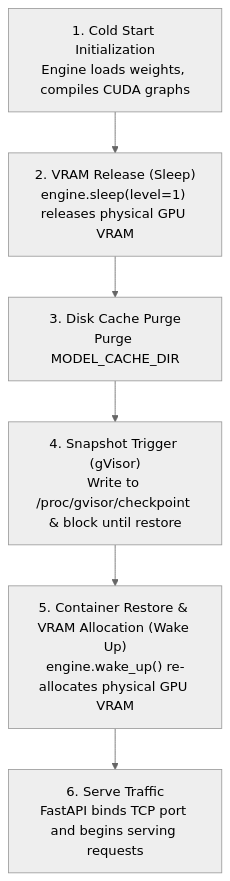
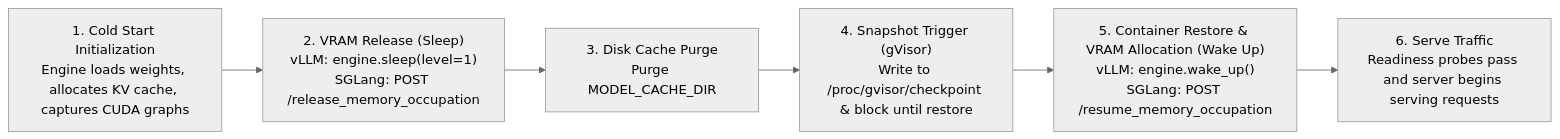
Before and after one commit to llm-d/llm-d: the diagram in docker/scripts/snapshot/README.md, drawn with Mermaid (neutral theme). The commit also changed other lines of this file and 10 other files, not shown here.

````diff
--- a/docker/scripts/snapshot/README.md
+++ b/docker/scripts/snapshot/README.md
@@ -28,8 +28,8 @@
 ```mermaid
-flowchart TD
-    A["1. Cold Start Initialization<br/>Engine loads weights, compiles CUDA graphs"] --> B["2. VRAM Release (Sleep)<br/>engine.sleep(level=1) releases physical GPU VRAM"]
+flowchart LR
+    A["1. Cold Start Initialization<br/>Engine loads weights, allocates KV cache, captures CUDA graphs"] --> B["2. VRAM Release (Sleep)<br/>vLLM: engine.sleep(level=1)<br/>SGLang: POST /release_memory_occupation"]
     B --> C["3. Disk Cache Purge<br/>Purge MODEL_CACHE_DIR"]
     C --> D["4. Snapshot Trigger (gVisor)<br/>Write to /proc/gvisor/checkpoint & block until restore"]
-    D --> E["5. Container Restore & VRAM Allocation (Wake Up)<br/>engine.wake_up() re-allocates physical GPU VRAM"]
-    E --> F["6. Serve Traffic<br/>FastAPI binds TCP port and begins serving requests"]
+    D --> E["5. Container Restore & VRAM Allocation (Wake Up)<br/>vLLM: engine.wake_up()<br/>SGLang: POST /resume_memory_occupation"]
+    E --> F["6. Serve Traffic<br/>Readiness probes pass and server begins serving requests"]
 ```
````
